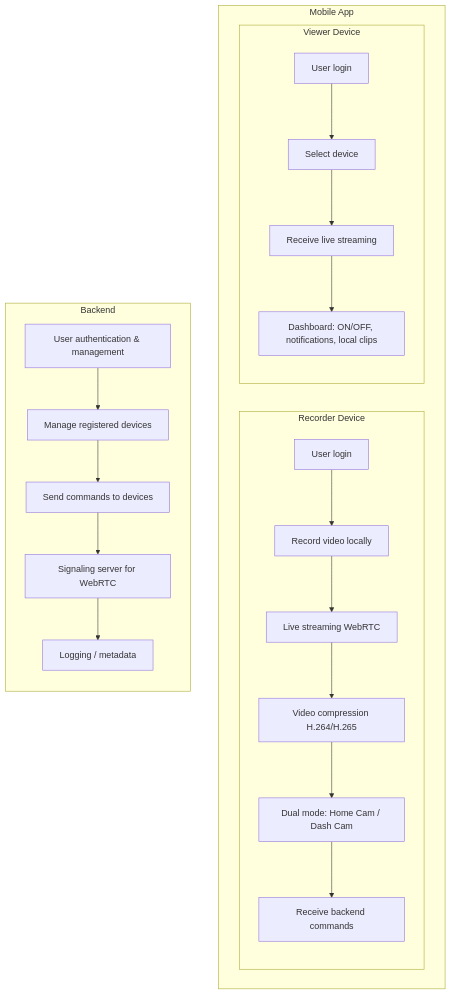
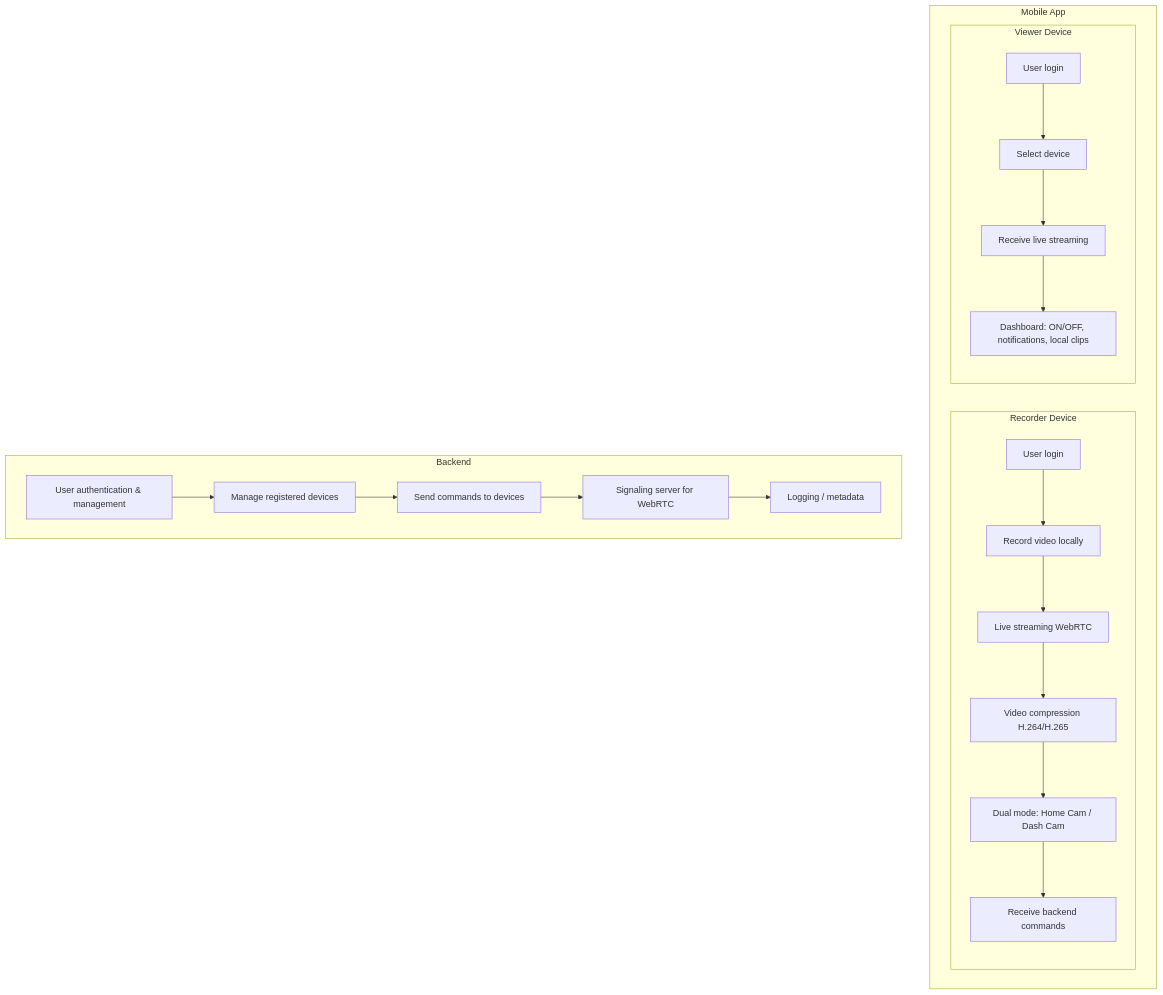
One commit to simonediberardino/HomeDriveCamFlutter changed the diagram in README.md. Above: the diagram before and after it, drawn with Mermaid.

Commit message:
Update flowchart direction in README.md
Changed flowchart direction from TD to TB in README.

````diff
--- a/README.md
+++ b/README.md
@@ -40,33 +40,32 @@
 ```mermaid
 
-flowchart TD
+flowchart TB
     subgraph Mobile App
         subgraph Recorder Device
             A0[User login]
             A1[Record video locally]
             A2[Live streaming WebRTC]
             A3[Video compression H.264/H.265]
             A4[Dual mode: Home Cam / Dash Cam]
             A5[Receive backend commands]
             A0 --> A1 --> A2 --> A3 --> A4 --> A5
         end
 
         subgraph Viewer Device
             C1[User login]
             C2[Select device]
             C3[Receive live streaming]
             C4[Dashboard: ON/OFF, notifications, local clips]
             C1 --> C2 --> C3 --> C4
         end
     end
 
     subgraph Backend
-        direction TB
         B1[User authentication & management]
         B2[Manage registered devices]
         B3[Send commands to devices]
         B4[Signaling server for WebRTC]
         B5[Logging / metadata]
         B1 --> B2 --> B3 --> B4 --> B5
     end
 ```
````
